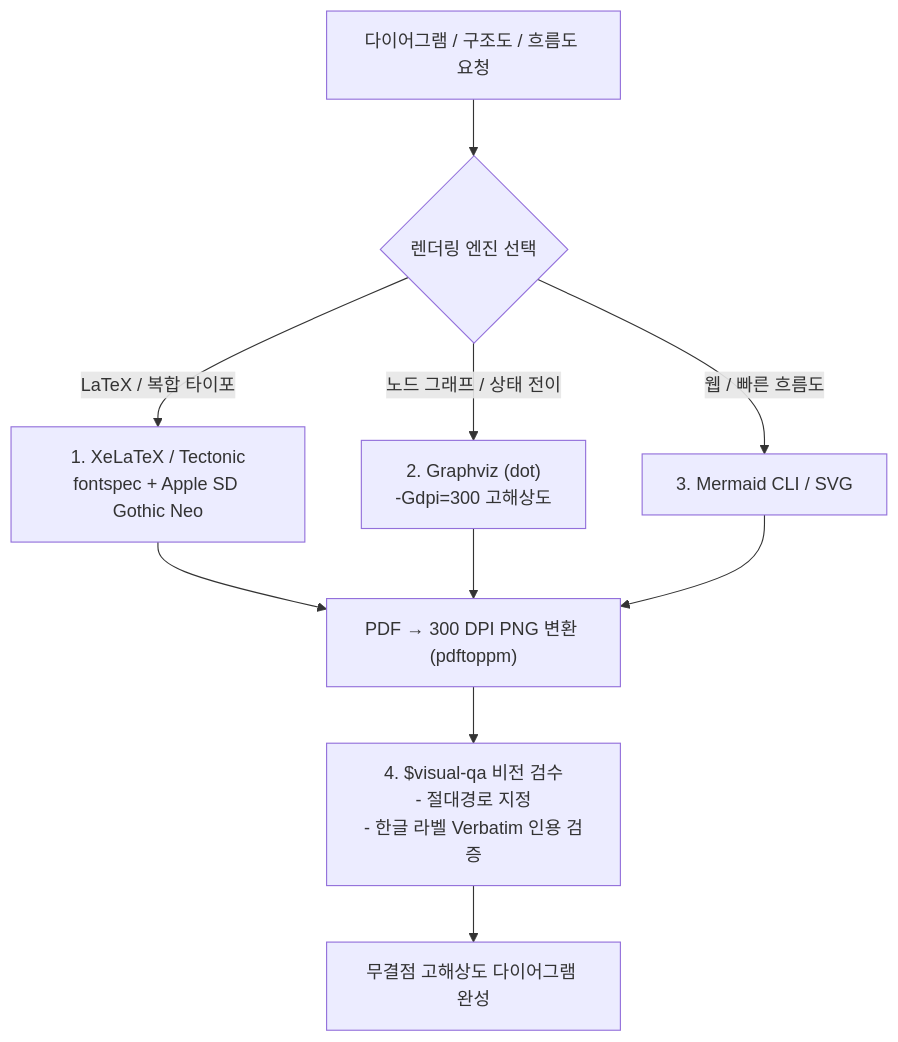
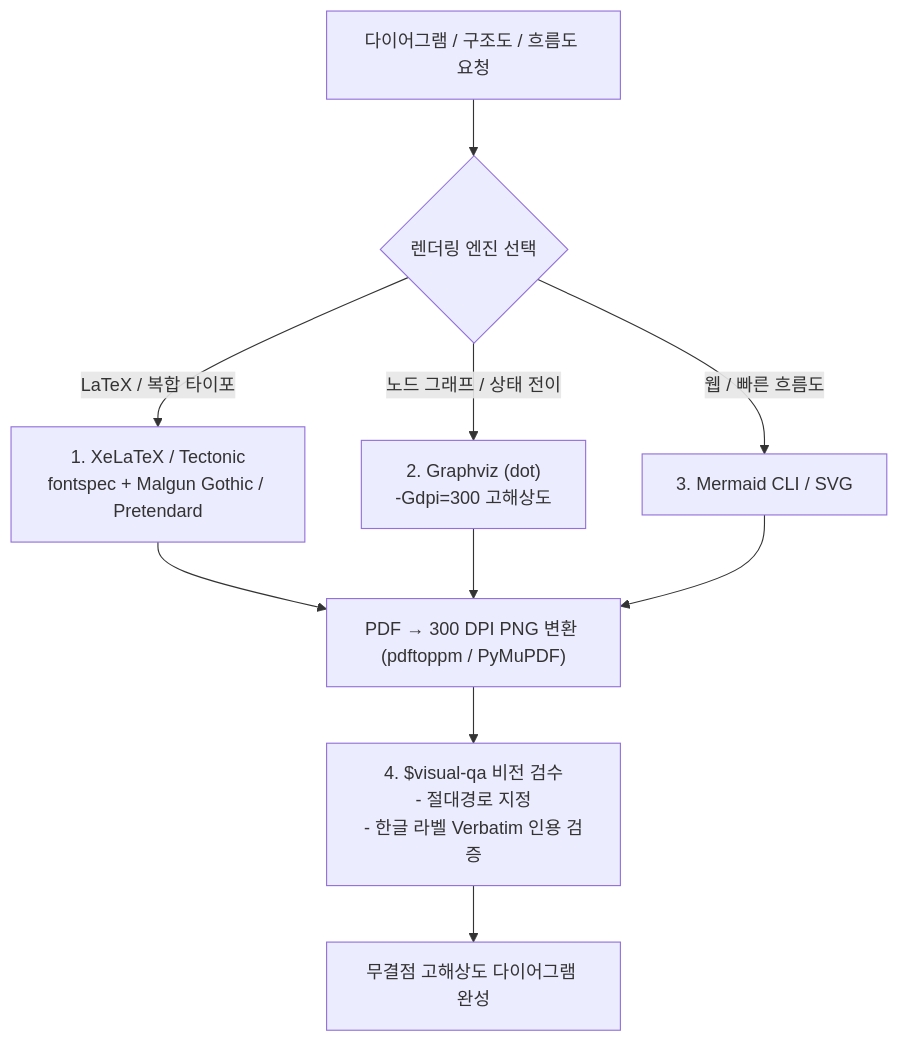
One commit to daeryundf2-prog/lazyargon changed the first of 2 diagrams in skills/image-prompt/references/vector-diagram.md. Above: the diagram before and after it, drawn with Mermaid. The commit also changed other lines of this file and 18 other files, not shown here.

````diff
--- a/skills/image-prompt/references/vector-diagram.md
+++ b/skills/image-prompt/references/vector-diagram.md
@@ -12,14 +12,14 @@
 ```mermaid
 flowchart TD
     Req["다이어그램 / 구조도 / 흐름도 요청"] --> Decide{"렌더링 엔진 선택"}
-    Decide -- "LaTeX / 복합 타이포" --> LaTeX["1. XeLaTeX / Tectonic<br/>fontspec + Apple SD Gothic Neo"]
+    Decide -- "LaTeX / 복합 타이포" --> LaTeX["1. XeLaTeX / Tectonic<br/>fontspec + Malgun Gothic / Pretendard"]
     Decide -- "노드 그래프 / 상태 전이" --> Dot["2. Graphviz (dot)<br/>-Gdpi=300 고해상도"]
     Decide -- "웹 / 빠른 흐름도" --> Mmd["3. Mermaid CLI / SVG"]
     
-    LaTeX --> PDFtoPNG["PDF → 300 DPI PNG 변환 (pdftoppm)"]
+    LaTeX --> PDFtoPNG["PDF → 300 DPI PNG 변환 (pdftoppm / PyMuPDF)"]
     Dot --> PDFtoPNG
     Mmd --> PDFtoPNG
     
     PDFtoPNG --> Verify["4. $visual-qa 비전 검수<br/>- 절대경로 지정<br/>- 한글 라벨 Verbatim 인용 검증"]
     Verify --> Done["무결점 고해상도 다이어그램 완성"]
 ```
````
